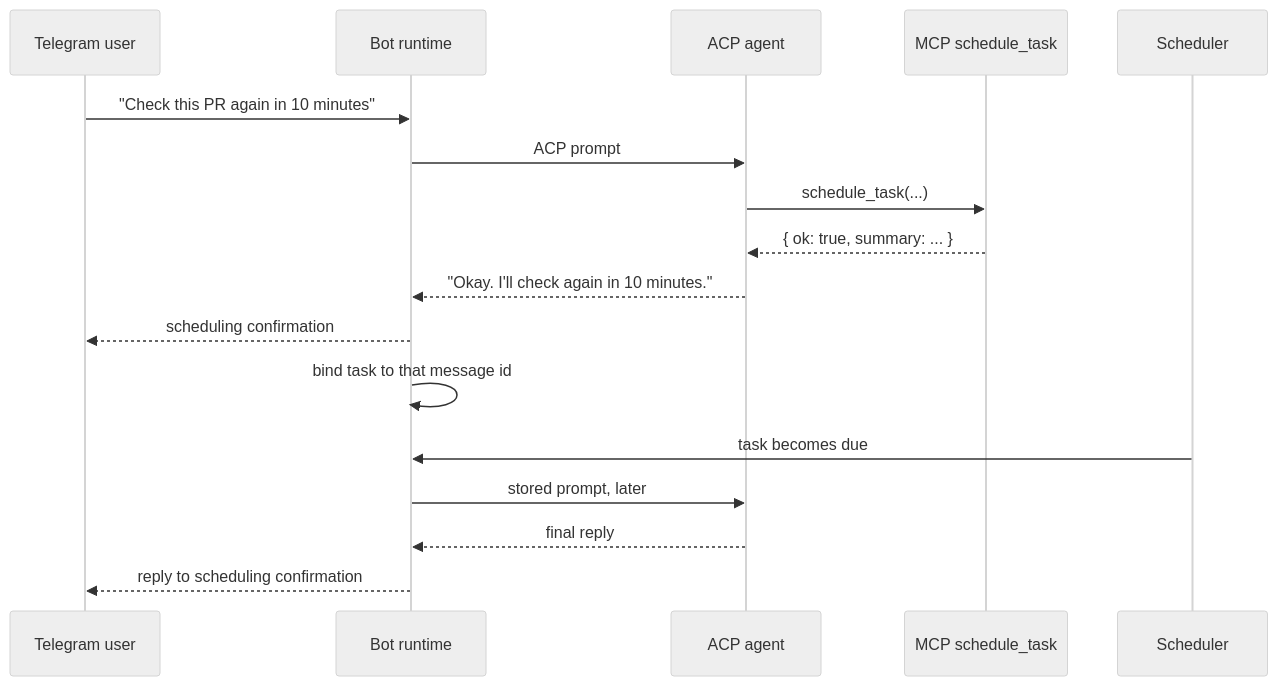
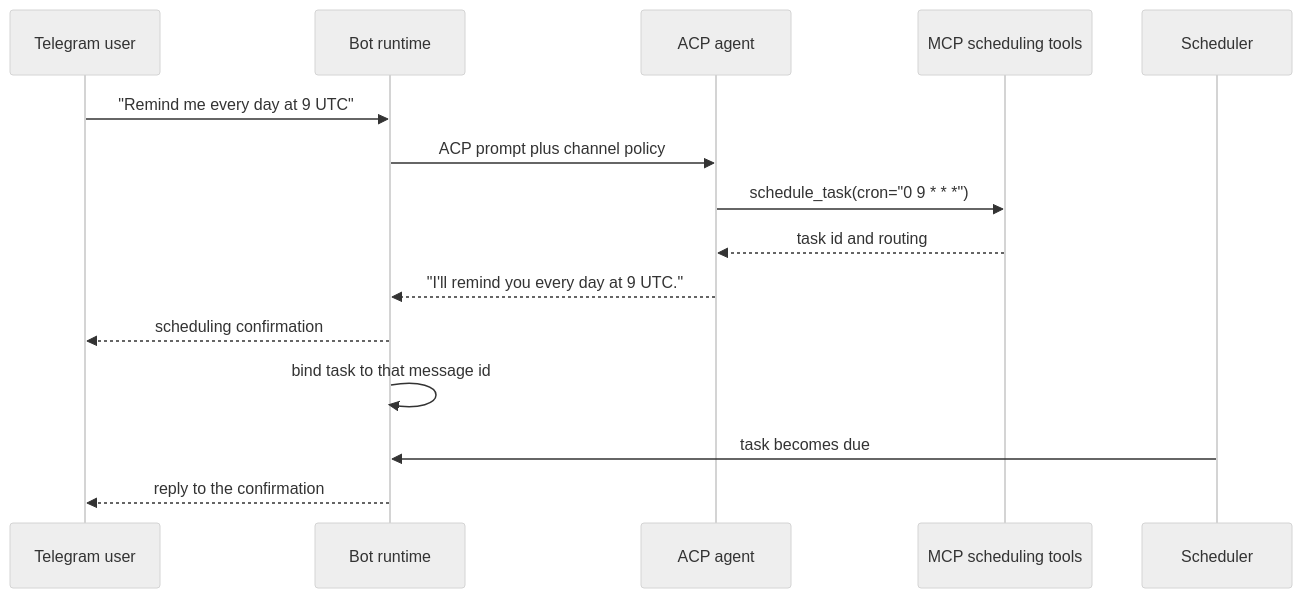
Before and after one commit to hnhonnguyen/telegram-acp-bot: the diagram in docs/deferred_followups.md, drawn with Mermaid (neutral theme). The commit also changed other lines of this file and 31 other files, not shown here.

````diff
--- a/docs/deferred_followups.md
+++ b/docs/deferred_followups.md
@@ -43,21 +42,19 @@
 ```{mermaid}
 :align: center
 sequenceDiagram
     participant U as Telegram user
     participant B as Bot runtime
     participant A as ACP agent
-    participant M as MCP schedule_task
+    participant M as MCP scheduling tools
     participant S as Scheduler
 
-    U->>B: "Check this PR again in 10 minutes"
-    B->>A: ACP prompt
-    A->>M: schedule_task(...)
-    M-->>A: { ok: true, summary: ... }
-    A-->>B: "Okay. I'll check again in 10 minutes."
+    U->>B: "Remind me every day at 9 UTC"
+    B->>A: ACP prompt plus channel policy
+    A->>M: schedule_task(cron="0 9 * * *")
+    M-->>A: task id and routing
+    A-->>B: "I'll remind you every day at 9 UTC."
     B-->>U: scheduling confirmation
     B->>B: bind task to that message id
     S->>B: task becomes due
-    B->>A: stored prompt, later
-    A-->>B: final reply
-    B-->>U: reply to scheduling confirmation
+    B-->>U: reply to the confirmation
 ```
````
